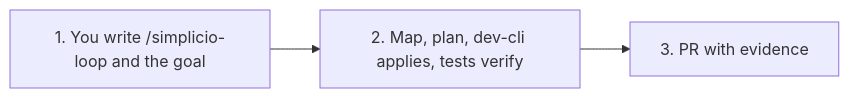
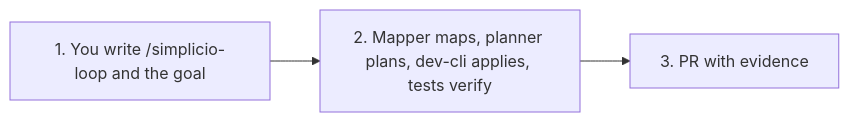
Before and after one commit to simpletibr/simplicio-loop: the diagram in README.md, drawn with Mermaid. The commit also changed other lines of this file and 16 other files, not shown here.

````diff
--- a/README.md
+++ b/README.md
@@ -59,5 +62,5 @@
 ```mermaid
 flowchart LR
-  A["1. You write /simplicio-loop and the goal"] --> B["2. Map, plan, dev-cli applies, tests verify"]
+  A["1. You write /simplicio-loop and the goal"] --> B["2. Mapper maps, planner plans, dev-cli applies, tests verify"]
   B --> C["3. PR with evidence"]
 ```
````
